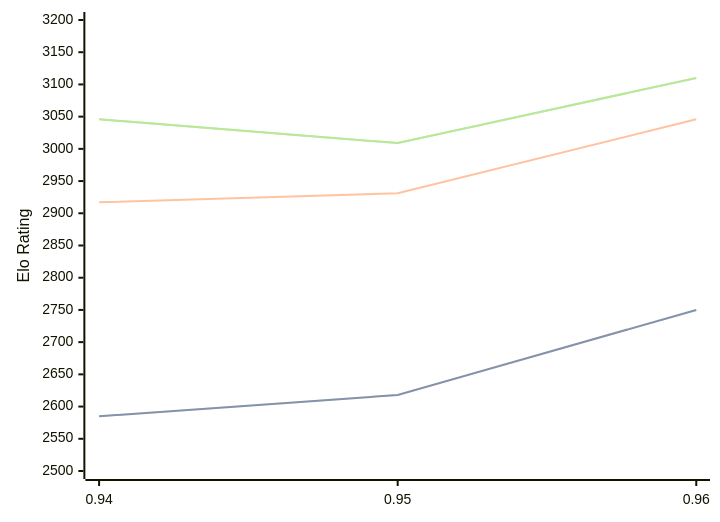
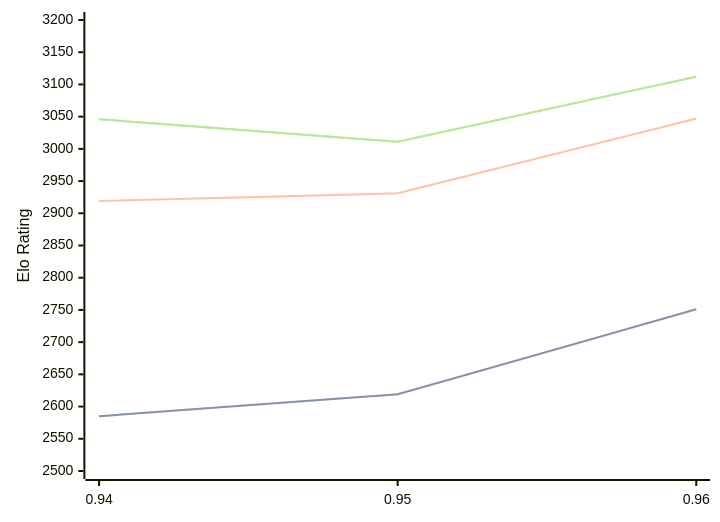
Before and after one commit to computer-chess-index/cci: the first of 3 diagrams in engines/Myrddin.md, drawn with Mermaid. The commit also changed other lines of this file, not shown here.

Commit message:
Update CCI Ratings (ELO VLTC) - 2026-06-24

````diff
--- a/engines/Myrddin.md
+++ b/engines/Myrddin.md
@@ -38,11 +38,11 @@
 ```mermaid
 %%{init: {"theme":"base","themeVariables":{"seriesColors:['#a3a3a3','#222221','#faa371']}}}%%
 xychart-beta
   x-axis ["0.94", "0.95", "0.96"]
   y-axis "Elo Rating" 2500 --> 3200
-  line "STC (8.0+0.08s)" [2585, 2618, 2750]
-  line "STC (8.0+0.08s)" [2585, 2618, 2750]
-  line "LTC (60.0+0.60s)" [2917, 2931, 3046]
-  line "VLTC (2m24s+1.12s)" [3046, 3009, 3110]
-  line "VLTC (2m24s+1.12s)" [3046, 3009, 3110]
+  line "STC (8.0+0.08s)" [2585, 2619, 2751]
+  line "STC (8.0+0.08s)" [2585, 2619, 2751]
+  line "LTC (60.0+0.60s)" [2919, 2931, 3047]
+  line "VLTC (2m24s+1.12s)" [3046, 3011, 3112]
+  line "VLTC (2m24s+1.12s)" [3046, 3011, 3112]
 ```
````
